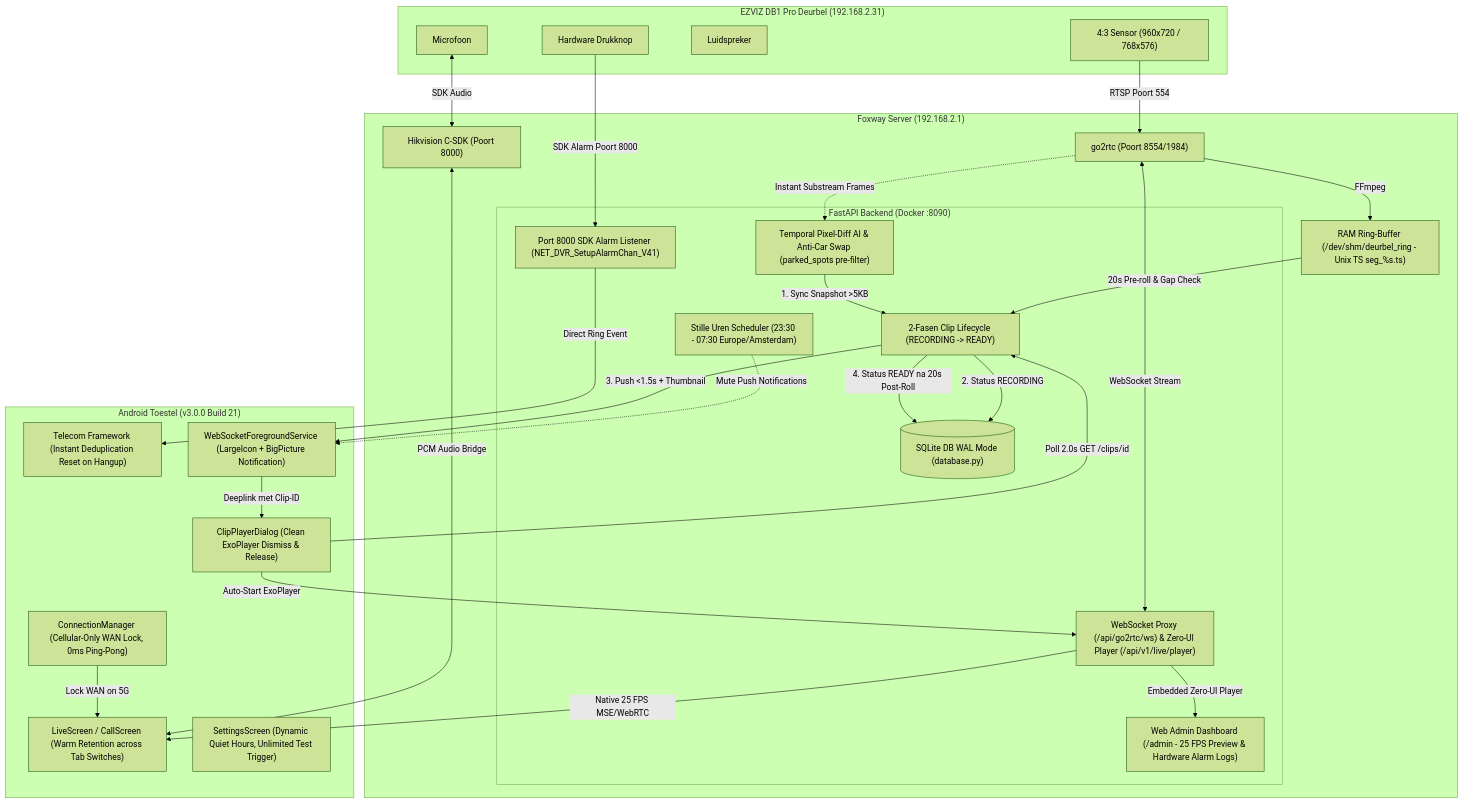
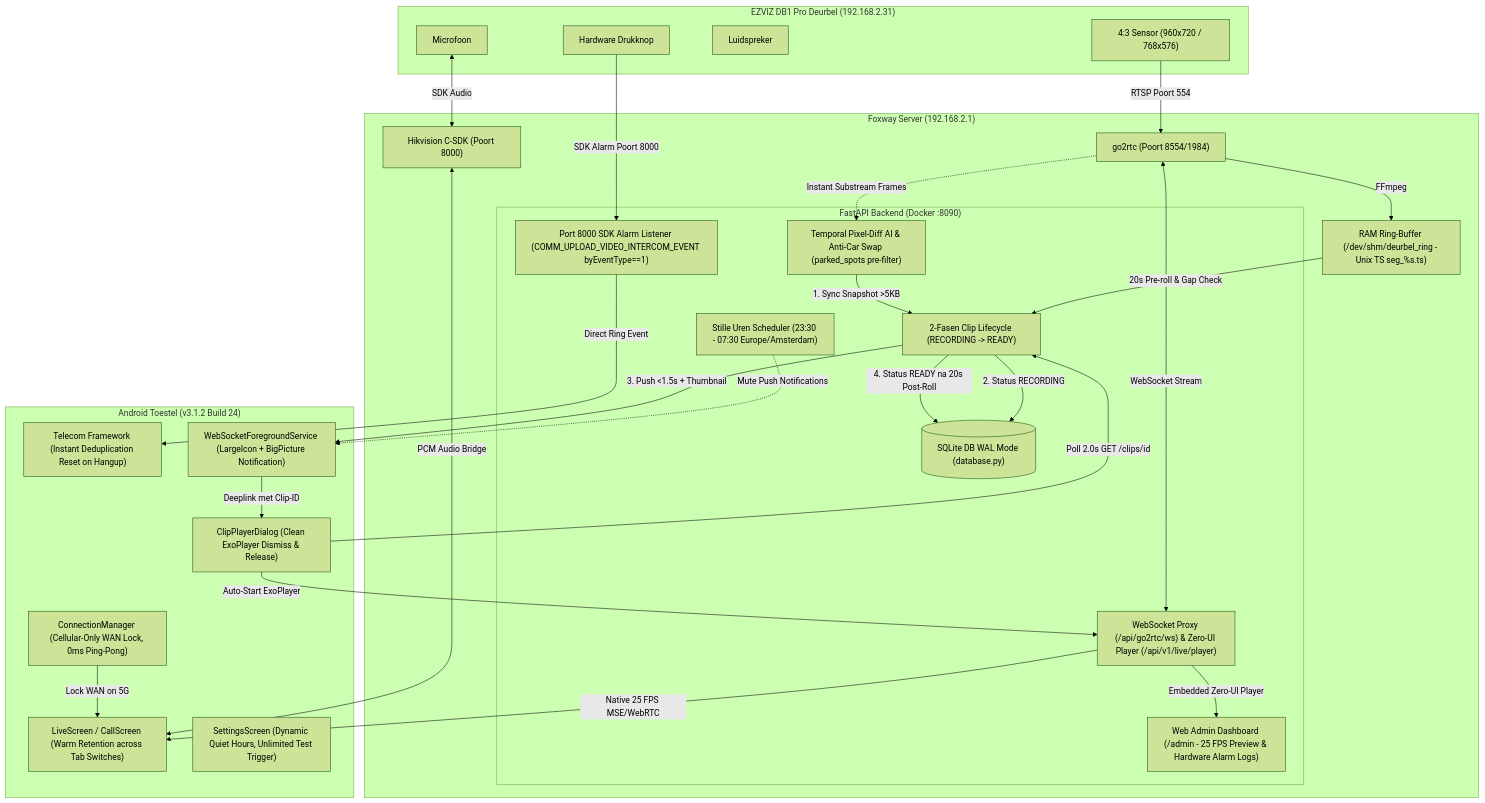
Before and after one commit to foxway-nl/deurbel: the diagram in docs/ARCHITECTURE.md, drawn with Mermaid (forest theme). The commit also changed other lines of this file and 14 other files, not shown here.

Commit message:
feat(release): v3.1.2 - eliminate ghost rings, strict port 8000 visitor call filtering, release build 24

````diff
--- a/docs/ARCHITECTURE.md
+++ b/docs/ARCHITECTURE.md
@@ -11,57 +11,57 @@
 ```mermaid
 flowchart TD
     subgraph Camera ["EZVIZ DB1 Pro Deurbel (192.168.2.31)"]
         CamSensor["4:3 Sensor (960x720 / 768x576)"]
         CamMic["Microfoon"]
         CamSpk["Luidspreker"]
         CamBtn["Hardware Drukknop"]
     end
 
     subgraph Server ["Foxway Server (192.168.2.1)"]
         RTSP["go2rtc (Poort 8554/1984)"]
         SDK["Hikvision C-SDK (Poort 8000)"]
         RingBuffer["RAM Ring-Buffer (/dev/shm/deurbel_ring - Unix TS seg_%s.ts)"]
         
         subgraph Backend ["FastAPI Backend (Docker :8090)"]
-            SDKAlarm["Port 8000 SDK Alarm Listener (NET_DVR_SetupAlarmChan_V41)"]
+            SDKAlarm["Port 8000 SDK Alarm Listener (COMM_UPLOAD_VIDEO_INTERCOM_EVENT byEventType==1)"]
             WSProxy["WebSocket Proxy (/api/go2rtc/ws) & Zero-UI Player (/api/v1/live/player)"]
             TemporalAI["Temporal Pixel-Diff AI & Anti-Car Swap (parked_spots pre-filter)"]
             Lifecycle["2-Fasen Clip Lifecycle (RECORDING -> READY)"]
             QuietHours["Stille Uren Scheduler (23:30 - 07:30 Europe/Amsterdam)"]
             AdminUI["Web Admin Dashboard (/admin - 25 FPS Preview & Hardware Alarm Logs)"]
             SQLite[("SQLite DB WAL Mode (database.py)")]
         end
     end
 
-    subgraph Client ["Android Toestel (v3.0.0 Build 21)"]
+    subgraph Client ["Android Toestel (v3.1.2 Build 24)"]
         Telecom["Telecom Framework (Instant Deduplication Reset on Hangup)"]
         LiveView["LiveScreen / CallScreen (Warm Retention across Tab Switches)"]
         ClipPlayer["ClipPlayerDialog (Clean ExoPlayer Dismiss & Release)"]
         ConnMgr["ConnectionManager (Cellular-Only WAN Lock, 0ms Ping-Pong)"]
         NotifService["WebSocketForegroundService (LargeIcon + BigPicture Notification)"]
         SettingsUI["SettingsScreen (Dynamic Quiet Hours, Unlimited Test Trigger)"]
     end
 
     CamSensor -->|RTSP Poort 554| RTSP
     CamBtn -->|SDK Alarm Poort 8000| SDKAlarm
     SDKAlarm -->|Direct Ring Event| Telecom
     RTSP -->|FFmpeg| RingBuffer
     RTSP <-->|WebSocket Stream| WSProxy
     WSProxy -->|Native 25 FPS MSE/WebRTC| LiveView
     WSProxy -->|Embedded Zero-UI Player| AdminUI
     RTSP -.->|Instant Substream Frames| TemporalAI
     
     CamMic <-->|SDK Audio| SDK
     SDK <-->|PCM Audio Bridge| LiveView
     
     RingBuffer -->|20s Pre-roll & Gap Check| Lifecycle
     TemporalAI -->|1. Sync Snapshot >5KB| Lifecycle
     QuietHours -.->|Mute Push Notifications| NotifService
     Lifecycle -->|2. Status RECORDING| SQLite
     Lifecycle -->|3. Push <1.5s + Thumbnail| NotifService
     NotifService -->|Deeplink met Clip-ID| ClipPlayer
     ClipPlayer -->|Poll 2.0s GET /clips/id| Lifecycle
     Lifecycle -->|4. Status READY na 20s Post-Roll| SQLite
     ClipPlayer -->|Auto-Start ExoPlayer| WSProxy
     ConnMgr -->|Lock WAN on 5G| LiveView
 ```
````
